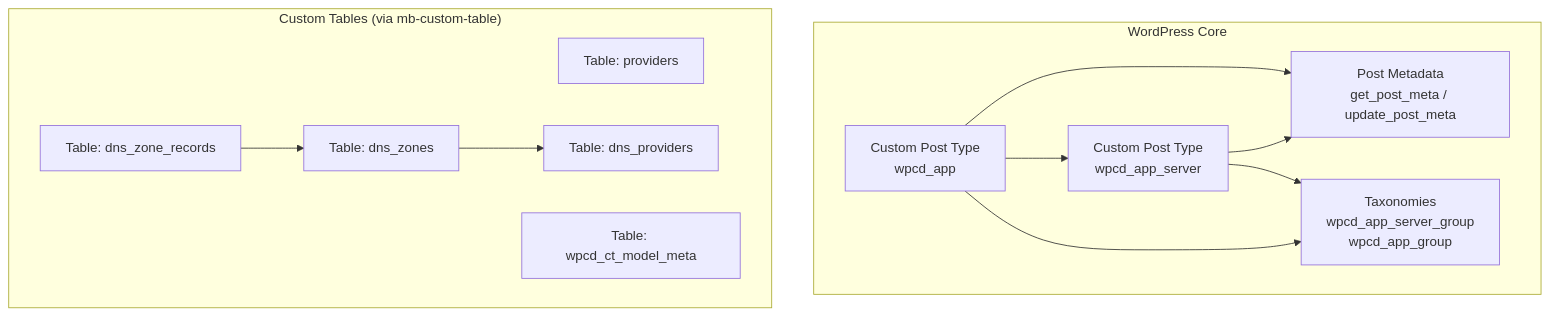
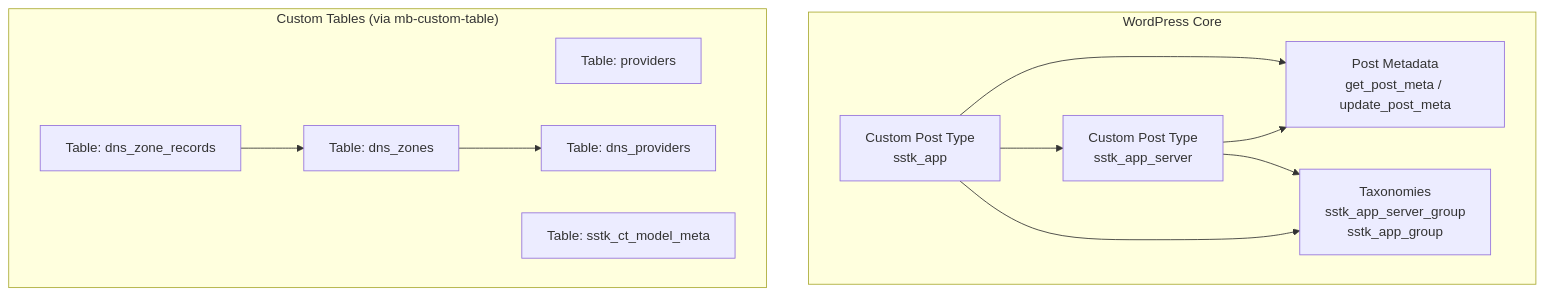
The first of 10 diagrams in .qoder/repowiki/en/content/Data Management/Data Management.md (onedogsolutions/simple-stack), drawn with Mermaid before and after one commit. The commit also changed other lines of this file and 5941 other files, not shown here.

````diff
--- a/.qoder/repowiki/en/content/Data Management/Data Management.md
+++ b/.qoder/repowiki/en/content/Data Management/Data Management.md
@@ -43,23 +43,23 @@
 ```mermaid
 graph TB
 subgraph "WordPress Core"
-CPT_Server["Custom Post Type<br/>wpcd_app_server"]
-CPT_App["Custom Post Type<br/>wpcd_app"]
+CPT_Server["Custom Post Type<br/>sstk_app_server"]
+CPT_App["Custom Post Type<br/>sstk_app"]
 Meta["Post Metadata<br/>get_post_meta / update_post_meta"]
-Tax["Taxonomies<br/>wpcd_app_server_group<br/>wpcd_app_group"]
+Tax["Taxonomies<br/>sstk_app_server_group<br/>sstk_app_group"]
 end
 subgraph "Custom Tables (via mb-custom-table)"
 T_Provider["Table: providers"]
 T_DNS_Provider["Table: dns_providers"]
 T_DNS_Zone["Table: dns_zones"]
 T_DNS_Record["Table: dns_zone_records"]
-T_Meta["Table: wpcd_ct_model_meta"]
+T_Meta["Table: sstk_ct_model_meta"]
 end
 CPT_Server --> Meta
 CPT_App --> Meta
 CPT_App --> CPT_Server
 CPT_Server --> Tax
 CPT_App --> Tax
 T_DNS_Zone --> T_DNS_Provider
 T_DNS_Record --> T_DNS_Zone
 ```
````
